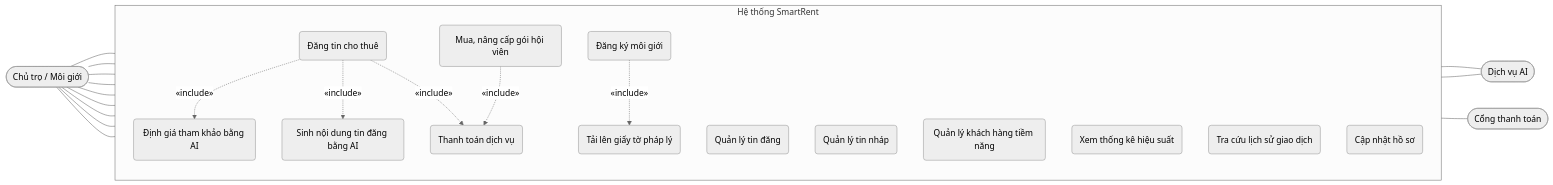
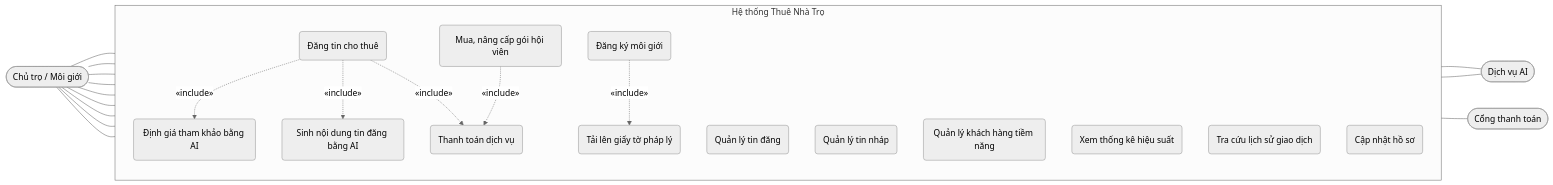
One commit to huynhtranty/smartrent-report changed the diagram in diagrams/usecase/src/02-chu-tro.mmd. Above: the diagram before and after it, drawn with Mermaid (neutral theme). The commit also changed 55 other files, not shown here.

```diff
--- a/diagrams/usecase/src/02-chu-tro.mmd
+++ b/diagrams/usecase/src/02-chu-tro.mmd
@@ -1,37 +1,37 @@
 flowchart LR
  CT(["Chủ trọ / Môi giới"])
- subgraph HT["Hệ thống SmartRent"]
+ subgraph HT["Hệ thống Thuê Nhà Trọ"]
   direction TB
   P1("Đăng tin cho thuê")
   P2("Định giá tham khảo bằng AI")
   P3("Sinh nội dung tin đăng bằng AI")
   P4("Quản lý tin đăng")
   P5("Quản lý tin nháp")
   P6("Quản lý khách hàng tiềm năng")
   P7("Xem thống kê hiệu suất")
   P8("Mua, nâng cấp gói hội viên")
   P9("Thanh toán dịch vụ")
   P10("Tra cứu lịch sử giao dịch")
   P11("Đăng ký môi giới")
   P12("Cập nhật hồ sơ")
   P13("Tải lên giấy tờ pháp lý")
  end
  AI(["Dịch vụ AI"])
  PG(["Cổng thanh toán"])
  CT --- P1
  CT --- P4
  CT --- P5
  CT --- P6
  CT --- P7
  CT --- P8
  CT --- P10
  CT --- P11
  CT --- P12
  P1 -.->|"«include»"| P2
  P1 -.->|"«include»"| P3
  P1 -.->|"«include»"| P9
  P8 -.->|"«include»"| P9
  P11 -.->|"«include»"| P13
  P2 --- AI
  P3 --- AI
  P9 --- PG
```
